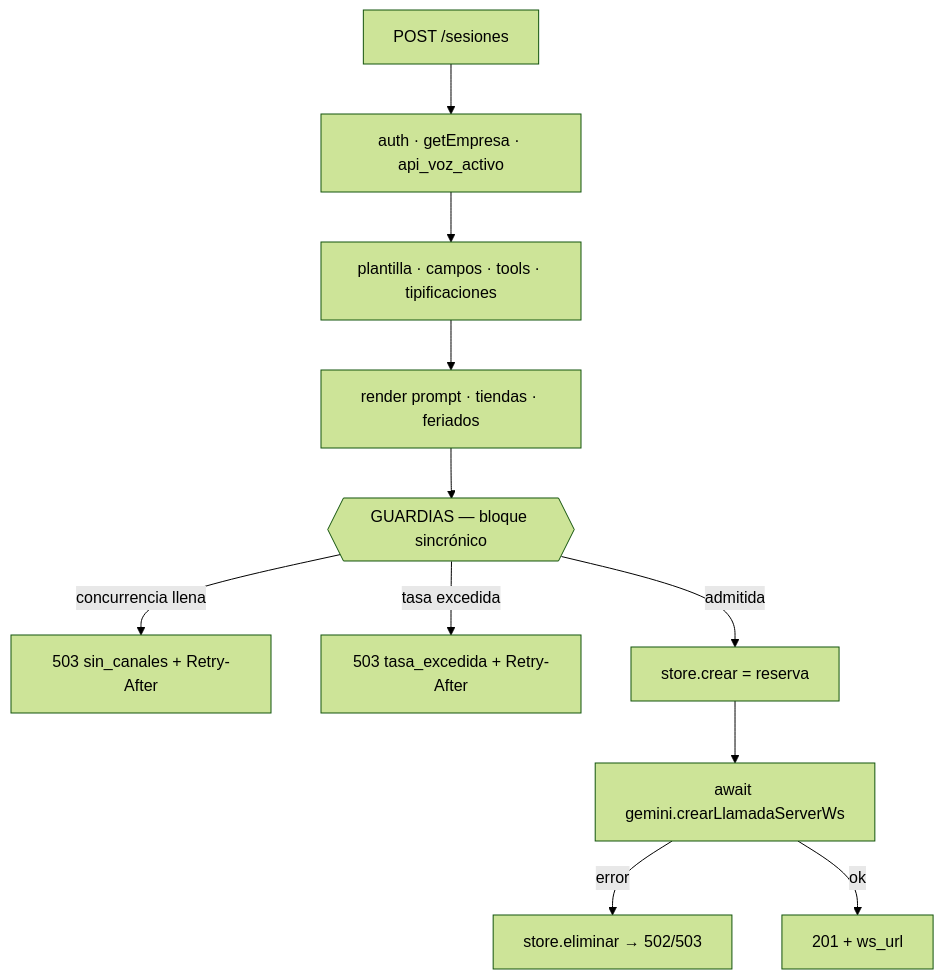
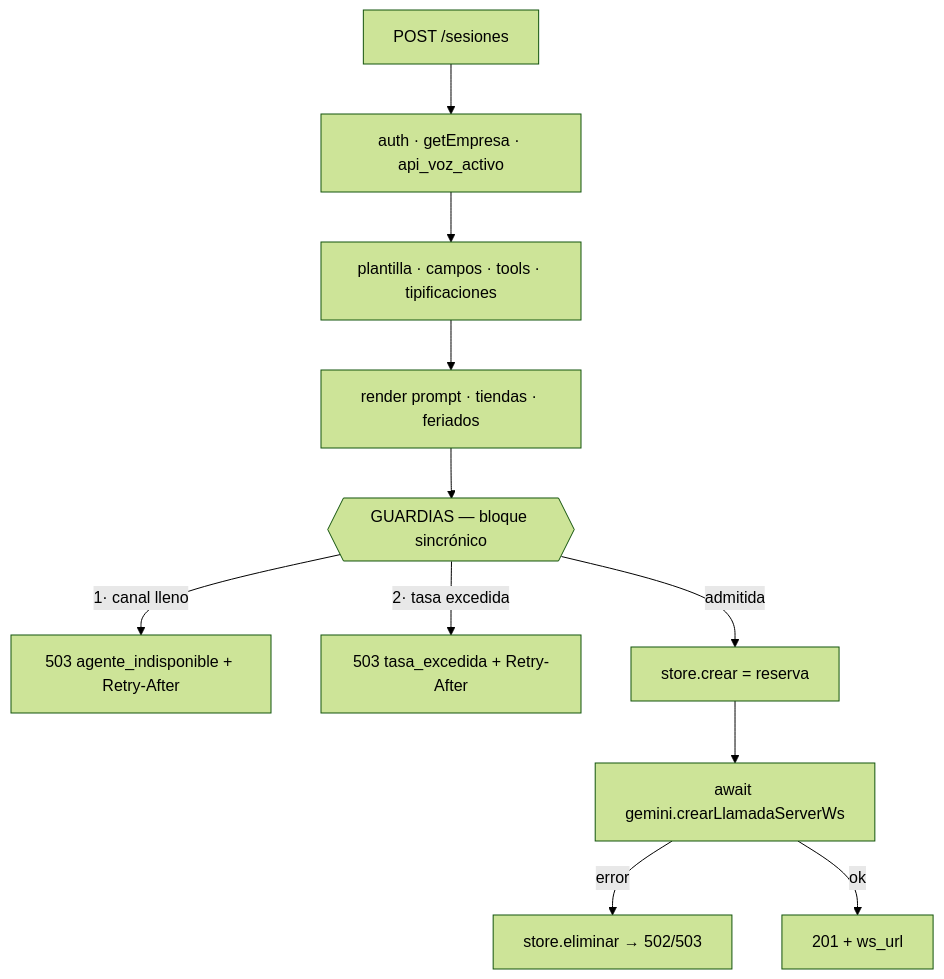
The diagram in docs/guardias-anti-runaway.md (Adriel2503/agente_voz_gemini), drawn with Mermaid (forest theme) before and after one commit. The commit also changed other lines of this file and 5 other files, not shown here.

````diff
--- a/docs/guardias-anti-runaway.md
+++ b/docs/guardias-anti-runaway.md
@@ -46,13 +46,13 @@
 ```mermaid
 flowchart TD
     A[POST /sesiones] --> B[auth · getEmpresa · api_voz_activo]
     B --> C[plantilla · campos · tools · tipificaciones]
     C --> D[render prompt · tiendas · feriados]
     D --> E{{GUARDIAS — bloque sincrónico}}
-    E -->|concurrencia llena| R1[503 sin_canales + Retry-After]
-    E -->|tasa excedida| R2[503 tasa_excedida + Retry-After]
+    E -->|1· canal lleno| R1[503 agente_indisponible + Retry-After]
+    E -->|2· tasa excedida| R2[503 tasa_excedida + Retry-After]
     E -->|admitida| F[store.crear = reserva]
     F --> G[await gemini.crearLlamadaServerWs]
     G -->|error| H[store.eliminar → 502/503]
     G -->|ok| I[201 + ws_url]
 ```
````
